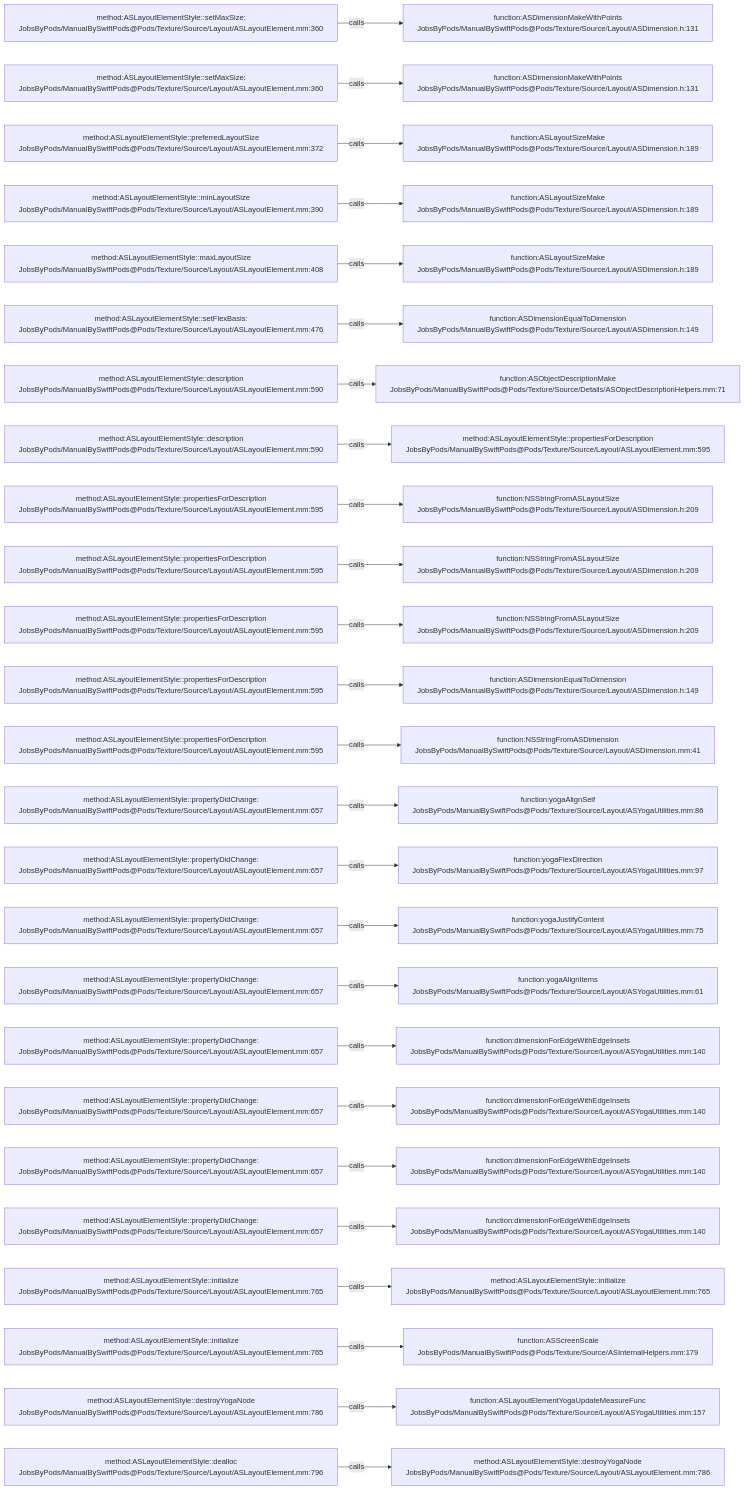
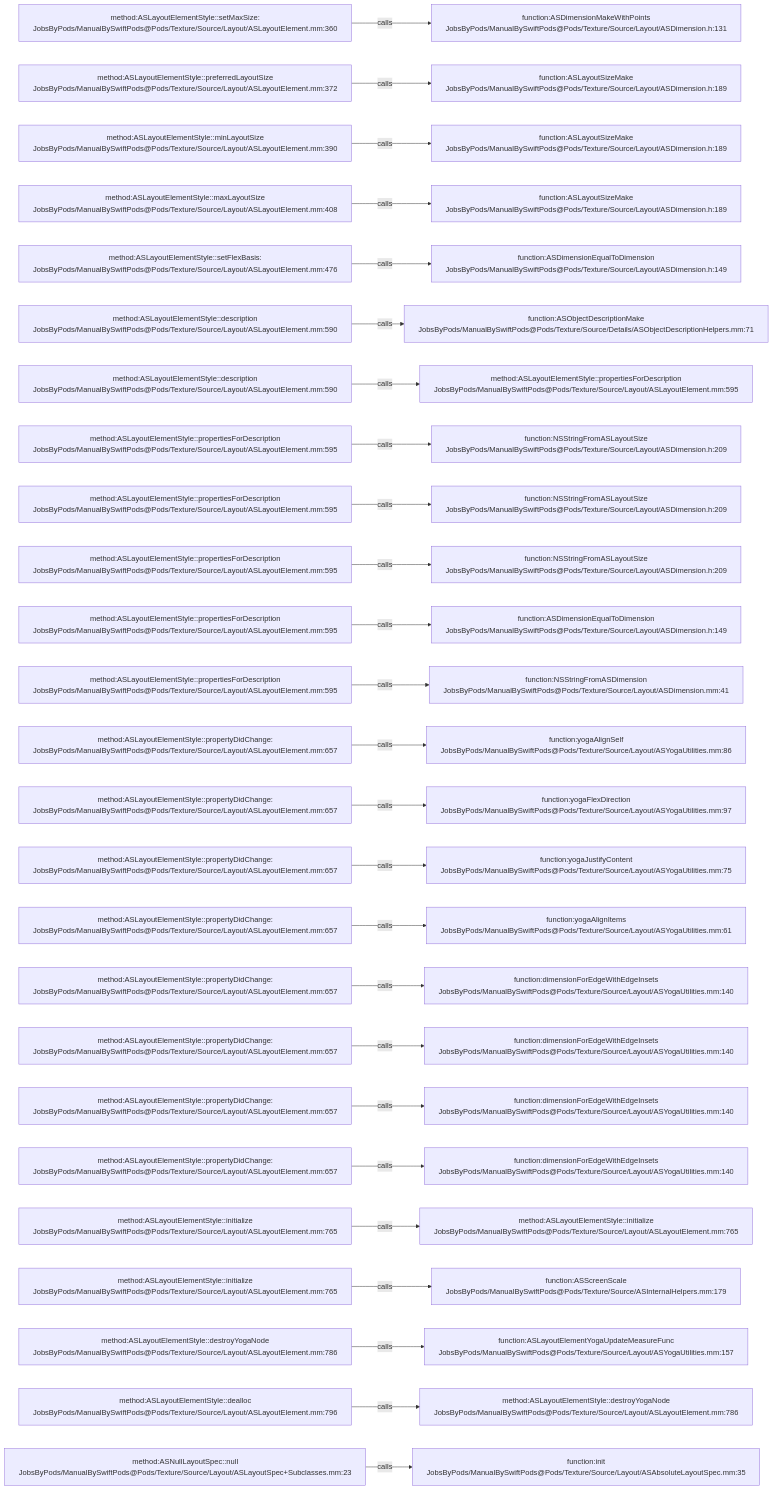
Before and after one commit to JobsKits/JobsSwiftBaseConfigDemo: the diagram in .codegraph/codegraph.md/graphs/calls-110.md, drawn with Mermaid. The commit also changed 747 other files, not shown here.

````diff
--- a/.codegraph/codegraph.md/graphs/calls-110.md
+++ b/.codegraph/codegraph.md/graphs/calls-110.md
@@ -13,78 +13,78 @@
 ```mermaid
 flowchart LR
   S1["method:ASLayoutElementStyle::setMaxSize:<br/>JobsByPods/ManualBySwiftPods@Pods/Texture/Source/Layout/ASLayoutElement.mm:360"]
   T1["function:ASDimensionMakeWithPoints<br/>JobsByPods/ManualBySwiftPods@Pods/Texture/Source/Layout/ASDimension.h:131"]
   S1 -->|calls| T1
-  S2["method:ASLayoutElementStyle::setMaxSize:<br/>JobsByPods/ManualBySwiftPods@Pods/Texture/Source/Layout/ASLayoutElement.mm:360"]
-  T2["function:ASDimensionMakeWithPoints<br/>JobsByPods/ManualBySwiftPods@Pods/Texture/Source/Layout/ASDimension.h:131"]
+  S2["method:ASLayoutElementStyle::preferredLayoutSize<br/>JobsByPods/ManualBySwiftPods@Pods/Texture/Source/Layout/ASLayoutElement.mm:372"]
+  T2["function:ASLayoutSizeMake<br/>JobsByPods/ManualBySwiftPods@Pods/Texture/Source/Layout/ASDimension.h:189"]
   S2 -->|calls| T2
-  S3["method:ASLayoutElementStyle::preferredLayoutSize<br/>JobsByPods/ManualBySwiftPods@Pods/Texture/Source/Layout/ASLayoutElement.mm:372"]
+  S3["method:ASLayoutElementStyle::minLayoutSize<br/>JobsByPods/ManualBySwiftPods@Pods/Texture/Source/Layout/ASLayoutElement.mm:390"]
   T3["function:ASLayoutSizeMake<br/>JobsByPods/ManualBySwiftPods@Pods/Texture/Source/Layout/ASDimension.h:189"]
   S3 -->|calls| T3
-  S4["method:ASLayoutElementStyle::minLayoutSize<br/>JobsByPods/ManualBySwiftPods@Pods/Texture/Source/Layout/ASLayoutElement.mm:390"]
+  S4["method:ASLayoutElementStyle::maxLayoutSize<br/>JobsByPods/ManualBySwiftPods@Pods/Texture/Source/Layout/ASLayoutElement.mm:408"]
   T4["function:ASLayoutSizeMake<br/>JobsByPods/ManualBySwiftPods@Pods/Texture/Source/Layout/ASDimension.h:189"]
   S4 -->|calls| T4
-  S5["method:ASLayoutElementStyle::maxLayoutSize<br/>JobsByPods/ManualBySwiftPods@Pods/Texture/Source/Layout/ASLayoutElement.mm:408"]
-  T5["function:ASLayoutSizeMake<br/>JobsByPods/ManualBySwiftPods@Pods/Texture/Source/Layout/ASDimension.h:189"]
+  S5["method:ASLayoutElementStyle::setFlexBasis:<br/>JobsByPods/ManualBySwiftPods@Pods/Texture/Source/Layout/ASLayoutElement.mm:476"]
+  T5["function:ASDimensionEqualToDimension<br/>JobsByPods/ManualBySwiftPods@Pods/Texture/Source/Layout/ASDimension.h:149"]
   S5 -->|calls| T5
-  S6["method:ASLayoutElementStyle::setFlexBasis:<br/>JobsByPods/ManualBySwiftPods@Pods/Texture/Source/Layout/ASLayoutElement.mm:476"]
-  T6["function:ASDimensionEqualToDimension<br/>JobsByPods/ManualBySwiftPods@Pods/Texture/Source/Layout/ASDimension.h:149"]
+  S6["method:ASLayoutElementStyle::description<br/>JobsByPods/ManualBySwiftPods@Pods/Texture/Source/Layout/ASLayoutElement.mm:590"]
+  T6["function:ASObjectDescriptionMake<br/>JobsByPods/ManualBySwiftPods@Pods/Texture/Source/Details/ASObjectDescriptionHelpers.mm:71"]
   S6 -->|calls| T6
   S7["method:ASLayoutElementStyle::description<br/>JobsByPods/ManualBySwiftPods@Pods/Texture/Source/Layout/ASLayoutElement.mm:590"]
-  T7["function:ASObjectDescriptionMake<br/>JobsByPods/ManualBySwiftPods@Pods/Texture/Source/Details/ASObjectDescriptionHelpers.mm:71"]
+  T7["method:ASLayoutElementStyle::propertiesForDescription<br/>JobsByPods/ManualBySwiftPods@Pods/Texture/Source/Layout/ASLayoutElement.mm:595"]
   S7 -->|calls| T7
-  S8["method:ASLayoutElementStyle::description<br/>JobsByPods/ManualBySwiftPods@Pods/Texture/Source/Layout/ASLayoutElement.mm:590"]
-  T8["method:ASLayoutElementStyle::propertiesForDescription<br/>JobsByPods/ManualBySwiftPods@Pods/Texture/Source/Layout/ASLayoutElement.mm:595"]
+  S8["method:ASLayoutElementStyle::propertiesForDescription<br/>JobsByPods/ManualBySwiftPods@Pods/Texture/Source/Layout/ASLayoutElement.mm:595"]
+  T8["function:NSStringFromASLayoutSize<br/>JobsByPods/ManualBySwiftPods@Pods/Texture/Source/Layout/ASDimension.h:209"]
   S8 -->|calls| T8
   S9["method:ASLayoutElementStyle::propertiesForDescription<br/>JobsByPods/ManualBySwiftPods@Pods/Texture/Source/Layout/ASLayoutElement.mm:595"]
   T9["function:NSStringFromASLayoutSize<br/>JobsByPods/ManualBySwiftPods@Pods/Texture/Source/Layout/ASDimension.h:209"]
   S9 -->|calls| T9
   S10["method:ASLayoutElementStyle::propertiesForDescription<br/>JobsByPods/ManualBySwiftPods@Pods/Texture/Source/Layout/ASLayoutElement.mm:595"]
   T10["function:NSStringFromASLayoutSize<br/>JobsByPods/ManualBySwiftPods@Pods/Texture/Source/Layout/ASDimension.h:209"]
   S10 -->|calls| T10
   S11["method:ASLayoutElementStyle::propertiesForDescription<br/>JobsByPods/ManualBySwiftPods@Pods/Texture/Source/Layout/ASLayoutElement.mm:595"]
-  T11["function:NSStringFromASLayoutSize<br/>JobsByPods/ManualBySwiftPods@Pods/Texture/Source/Layout/ASDimension.h:209"]
+  T11["function:ASDimensionEqualToDimension<br/>JobsByPods/ManualBySwiftPods@Pods/Texture/Source/Layout/ASDimension.h:149"]
   S11 -->|calls| T11
   S12["method:ASLayoutElementStyle::propertiesForDescription<br/>JobsByPods/ManualBySwiftPods@Pods/Texture/Source/Layout/ASLayoutElement.mm:595"]
-  T12["function:ASDimensionEqualToDimension<br/>JobsByPods/ManualBySwiftPods@Pods/Texture/Source/Layout/ASDimension.h:149"]
+  T12["function:NSStringFromASDimension<br/>JobsByPods/ManualBySwiftPods@Pods/Texture/Source/Layout/ASDimension.mm:41"]
   S12 -->|calls| T12
-  S13["method:ASLayoutElementStyle::propertiesForDescription<br/>JobsByPods/ManualBySwiftPods@Pods/Texture/Source/Layout/ASLayoutElement.mm:595"]
-  T13["function:NSStringFromASDimension<br/>JobsByPods/ManualBySwiftPods@Pods/Texture/Source/Layout/ASDimension.mm:41"]
+  S13["method:ASLayoutElementStyle::propertyDidChange:<br/>JobsByPods/ManualBySwiftPods@Pods/Texture/Source/Layout/ASLayoutElement.mm:657"]
+  T13["function:yogaAlignSelf<br/>JobsByPods/ManualBySwiftPods@Pods/Texture/Source/Layout/ASYogaUtilities.mm:86"]
   S13 -->|calls| T13
   S14["method:ASLayoutElementStyle::propertyDidChange:<br/>JobsByPods/ManualBySwiftPods@Pods/Texture/Source/Layout/ASLayoutElement.mm:657"]
-  T14["function:yogaAlignSelf<br/>JobsByPods/ManualBySwiftPods@Pods/Texture/Source/Layout/ASYogaUtilities.mm:86"]
+  T14["function:yogaFlexDirection<br/>JobsByPods/ManualBySwiftPods@Pods/Texture/Source/Layout/ASYogaUtilities.mm:97"]
   S14 -->|calls| T14
   S15["method:ASLayoutElementStyle::propertyDidChange:<br/>JobsByPods/ManualBySwiftPods@Pods/Texture/Source/Layout/ASLayoutElement.mm:657"]
-  T15["function:yogaFlexDirection<br/>JobsByPods/ManualBySwiftPods@Pods/Texture/Source/Layout/ASYogaUtilities.mm:97"]
+  T15["function:yogaJustifyContent<br/>JobsByPods/ManualBySwiftPods@Pods/Texture/Source/Layout/ASYogaUtilities.mm:75"]
   S15 -->|calls| T15
   S16["method:ASLayoutElementStyle::propertyDidChange:<br/>JobsByPods/ManualBySwiftPods@Pods/Texture/Source/Layout/ASLayoutElement.mm:657"]
-  T16["function:yogaJustifyContent<br/>JobsByPods/ManualBySwiftPods@Pods/Texture/Source/Layout/ASYogaUtilities.mm:75"]
+  T16["function:yogaAlignItems<br/>JobsByPods/ManualBySwiftPods@Pods/Texture/Source/Layout/ASYogaUtilities.mm:61"]
   S16 -->|calls| T16
   S17["method:ASLayoutElementStyle::propertyDidChange:<br/>JobsByPods/ManualBySwiftPods@Pods/Texture/Source/Layout/ASLayoutElement.mm:657"]
-  T17["function:yogaAlignItems<br/>JobsByPods/ManualBySwiftPods@Pods/Texture/Source/Layout/ASYogaUtilities.mm:61"]
+  T17["function:dimensionForEdgeWithEdgeInsets<br/>JobsByPods/ManualBySwiftPods@Pods/Texture/Source/Layout/ASYogaUtilities.mm:140"]
   S17 -->|calls| T17
   S18["method:ASLayoutElementStyle::propertyDidChange:<br/>JobsByPods/ManualBySwiftPods@Pods/Texture/Source/Layout/ASLayoutElement.mm:657"]
   T18["function:dimensionForEdgeWithEdgeInsets<br/>JobsByPods/ManualBySwiftPods@Pods/Texture/Source/Layout/ASYogaUtilities.mm:140"]
   S18 -->|calls| T18
   S19["method:ASLayoutElementStyle::propertyDidChange:<br/>JobsByPods/ManualBySwiftPods@Pods/Texture/Source/Layout/ASLayoutElement.mm:657"]
   T19["function:dimensionForEdgeWithEdgeInsets<br/>JobsByPods/ManualBySwiftPods@Pods/Texture/Source/Layout/ASYogaUtilities.mm:140"]
   S19 -->|calls| T19
   S20["method:ASLayoutElementStyle::propertyDidChange:<br/>JobsByPods/ManualBySwiftPods@Pods/Texture/Source/Layout/ASLayoutElement.mm:657"]
   T20["function:dimensionForEdgeWithEdgeInsets<br/>JobsByPods/ManualBySwiftPods@Pods/Texture/Source/Layout/ASYogaUtilities.mm:140"]
   S20 -->|calls| T20
-  S21["method:ASLayoutElementStyle::propertyDidChange:<br/>JobsByPods/ManualBySwiftPods@Pods/Texture/Source/Layout/ASLayoutElement.mm:657"]
-  T21["function:dimensionForEdgeWithEdgeInsets<br/>JobsByPods/ManualBySwiftPods@Pods/Texture/Source/Layout/ASYogaUtilities.mm:140"]
+  S21["method:ASLayoutElementStyle::initialize<br/>JobsByPods/ManualBySwiftPods@Pods/Texture/Source/Layout/ASLayoutElement.mm:765"]
+  T21["method:ASLayoutElementStyle::initialize<br/>JobsByPods/ManualBySwiftPods@Pods/Texture/Source/Layout/ASLayoutElement.mm:765"]
   S21 -->|calls| T21
   S22["method:ASLayoutElementStyle::initialize<br/>JobsByPods/ManualBySwiftPods@Pods/Texture/Source/Layout/ASLayoutElement.mm:765"]
-  T22["method:ASLayoutElementStyle::initialize<br/>JobsByPods/ManualBySwiftPods@Pods/Texture/Source/Layout/ASLayoutElement.mm:765"]
+  T22["function:ASScreenScale<br/>JobsByPods/ManualBySwiftPods@Pods/Texture/Source/ASInternalHelpers.mm:179"]
   S22 -->|calls| T22
-  S23["method:ASLayoutElementStyle::initialize<br/>JobsByPods/ManualBySwiftPods@Pods/Texture/Source/Layout/ASLayoutElement.mm:765"]
-  T23["function:ASScreenScale<br/>JobsByPods/ManualBySwiftPods@Pods/Texture/Source/ASInternalHelpers.mm:179"]
+  S23["method:ASLayoutElementStyle::destroyYogaNode<br/>JobsByPods/ManualBySwiftPods@Pods/Texture/Source/Layout/ASLayoutElement.mm:786"]
+  T23["function:ASLayoutElementYogaUpdateMeasureFunc<br/>JobsByPods/ManualBySwiftPods@Pods/Texture/Source/Layout/ASYogaUtilities.mm:157"]
   S23 -->|calls| T23
-  S24["method:ASLayoutElementStyle::destroyYogaNode<br/>JobsByPods/ManualBySwiftPods@Pods/Texture/Source/Layout/ASLayoutElement.mm:786"]
-  T24["function:ASLayoutElementYogaUpdateMeasureFunc<br/>JobsByPods/ManualBySwiftPods@Pods/Texture/Source/Layout/ASYogaUtilities.mm:157"]
+  S24["method:ASLayoutElementStyle::dealloc<br/>JobsByPods/ManualBySwiftPods@Pods/Texture/Source/Layout/ASLayoutElement.mm:796"]
+  T24["method:ASLayoutElementStyle::destroyYogaNode<br/>JobsByPods/ManualBySwiftPods@Pods/Texture/Source/Layout/ASLayoutElement.mm:786"]
   S24 -->|calls| T24
-  S25["method:ASLayoutElementStyle::dealloc<br/>JobsByPods/ManualBySwiftPods@Pods/Texture/Source/Layout/ASLayoutElement.mm:796"]
-  T25["method:ASLayoutElementStyle::destroyYogaNode<br/>JobsByPods/ManualBySwiftPods@Pods/Texture/Source/Layout/ASLayoutElement.mm:786"]
+  S25["method:ASNullLayoutSpec::null<br/>JobsByPods/ManualBySwiftPods@Pods/Texture/Source/Layout/ASLayoutSpec+Subclasses.mm:23"]
+  T25["function:init<br/>JobsByPods/ManualBySwiftPods@Pods/Texture/Source/Layout/ASAbsoluteLayoutSpec.mm:35"]
   S25 -->|calls| T25
 ```
````
